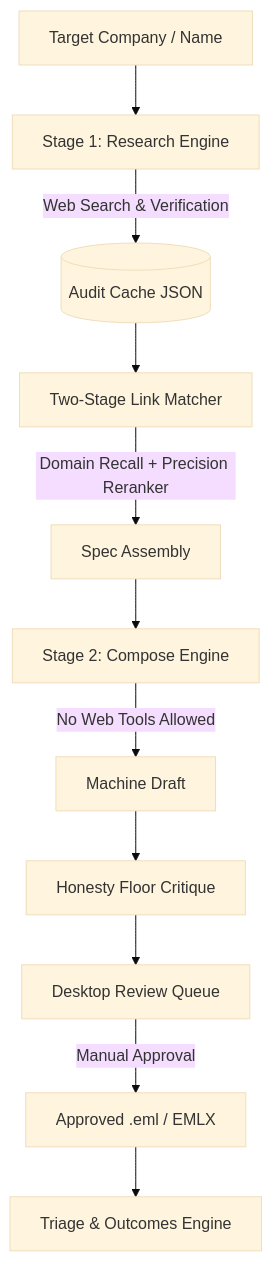
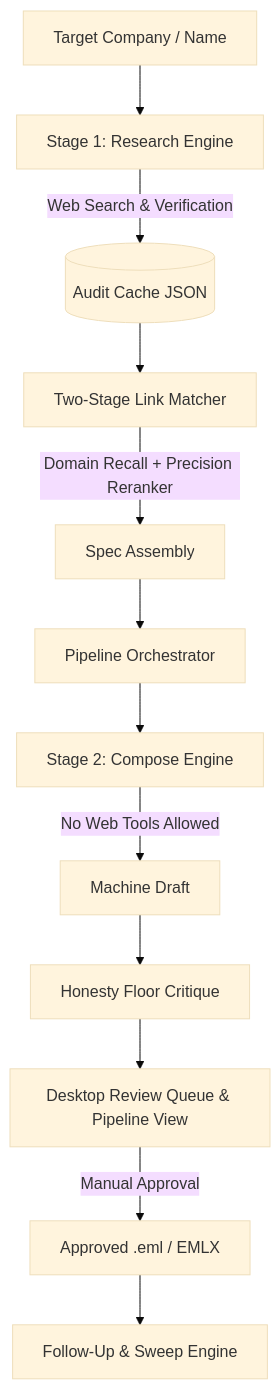
One commit to henryhorton19-web/Outreach-Wizzz-Ard changed the diagram in ARCHITECTURE.md. Above: the diagram before and after it, drawn with Mermaid (base theme). The commit also changed other lines of this file, not shown here.

Commit message:
docs: add sourcing, voice-learning, follow-up, and cost sections to ARCHITECTURE.md

````diff
--- a/ARCHITECTURE.md
+++ b/ARCHITECTURE.md
@@ -11,13 +11,14 @@
 ```mermaid
 flowchart TD
     Target[Target Company / Name] --> Research[Stage 1: Research Engine]
     Research -->|Web Search & Verification| Cache[(Audit Cache JSON)]
     Cache --> LinkMatcher[Two-Stage Link Matcher]
     LinkMatcher -->|Domain Recall + Precision Reranker| Spec[Spec Assembly]
-    Spec --> Compose[Stage 2: Compose Engine]
+    Spec --> Pipeline[Pipeline Orchestrator]
+    Pipeline --> Compose[Stage 2: Compose Engine]
     Compose -->|No Web Tools Allowed| Draft[Machine Draft]
     Draft --> Critique[Honesty Floor Critique]
-    Critique --> Queue[Desktop Review Queue]
+    Critique --> Queue[Desktop Review Queue & Pipeline View]
     Queue -->|Manual Approval| Outbox[Approved .eml / EMLX]
-    Outbox --> Triage[Triage & Outcomes Engine]
+    Outbox --> Followup[Follow-Up & Sweep Engine]
 ```
````
